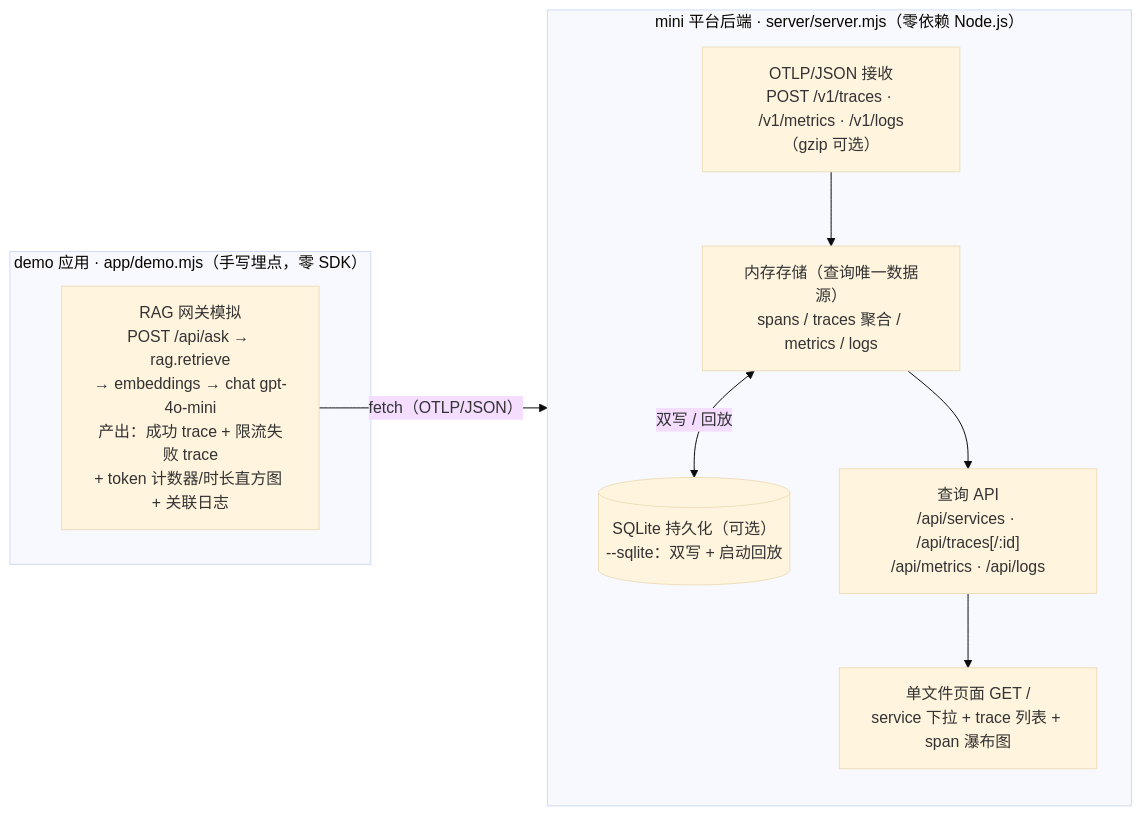
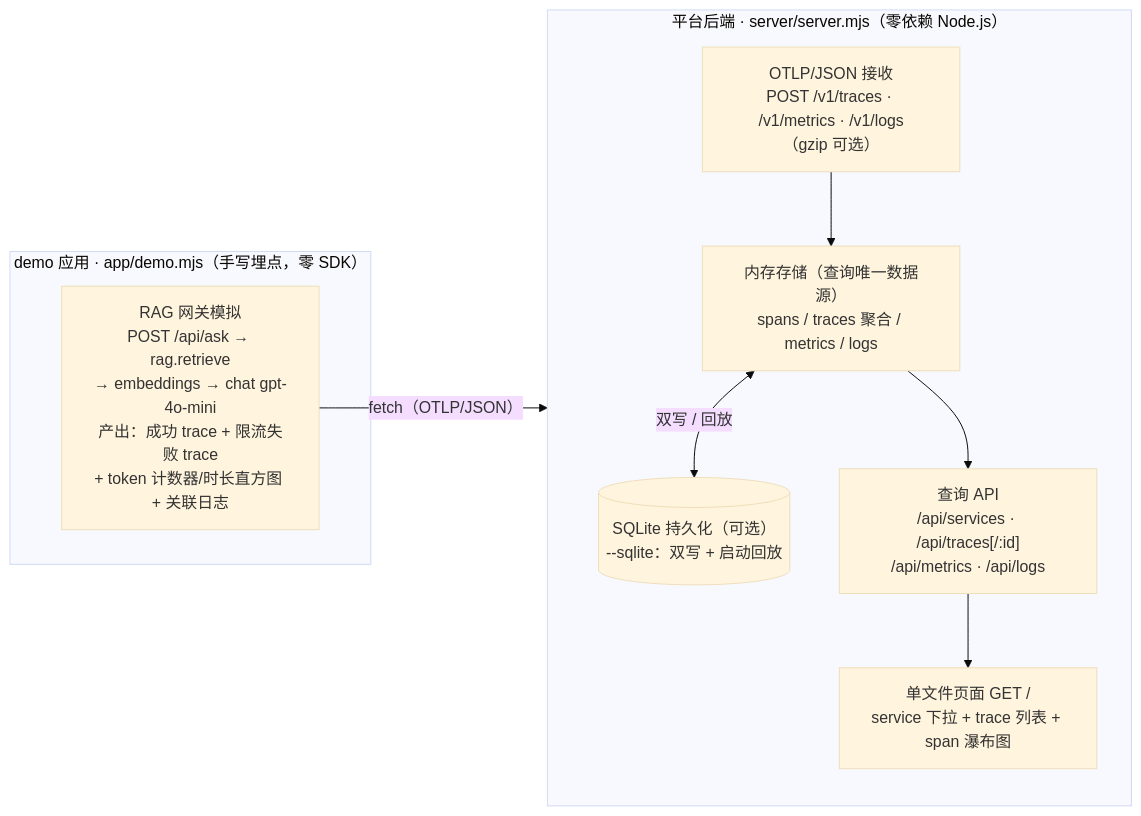
One commit to yidafu/tech-learning changed the diagram in observability/docs/labs/lab06-platform/README.md. Above: the diagram before and after it, drawn with Mermaid (base theme). The commit also changed other lines of this file and 98 other files, not shown here.

First line of the commit message:
全站实验项目去 mini 前缀：正文/注释/图谱/锁文件的旧名引用收尾（99 文件 612 行）

````diff
--- a/observability/docs/labs/lab06-platform/README.md
+++ b/observability/docs/labs/lab06-platform/README.md
@@ -32,18 +32,18 @@
 ```mermaid
 flowchart LR
     subgraph demo["demo 应用 · app/demo.mjs（手写埋点，零 SDK）"]
         S["RAG 网关模拟<br/>POST /api/ask → rag.retrieve<br/>→ embeddings → chat gpt-4o-mini<br/>产出：成功 trace + 限流失败 trace<br/>+ token 计数器/时长直方图 + 关联日志"]
     end
-    subgraph platform["mini 平台后端 · server/server.mjs（零依赖 Node.js）"]
+    subgraph platform["平台后端 · server/server.mjs（零依赖 Node.js）"]
         direction TB
         ING["OTLP/JSON 接收<br/>POST /v1/traces · /v1/metrics · /v1/logs<br/>（gzip 可选）"]
         MEM["内存存储（查询唯一数据源）<br/>spans / traces 聚合 / metrics / logs"]
         SQL[("SQLite 持久化（可选）<br/>--sqlite：双写 + 启动回放")]
         API["查询 API<br/>/api/services · /api/traces[/:id]<br/>/api/metrics · /api/logs"]
         UI["单文件页面 GET /<br/>service 下拉 + trace 列表 + span 瀑布图"]
         ING --> MEM
         MEM <-- "双写 / 回放" --> SQL
         MEM --> API --> UI
     end
     S -- "fetch（OTLP/JSON）" --> ING
 ```
````
